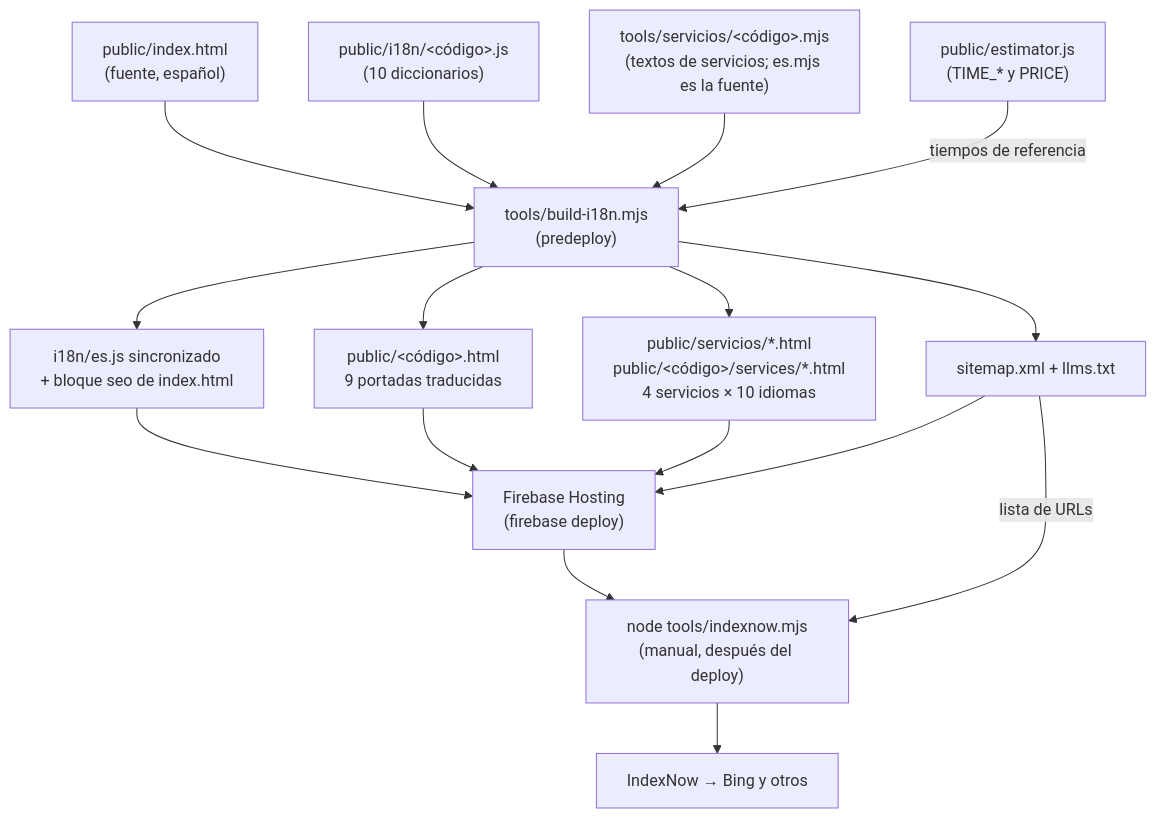
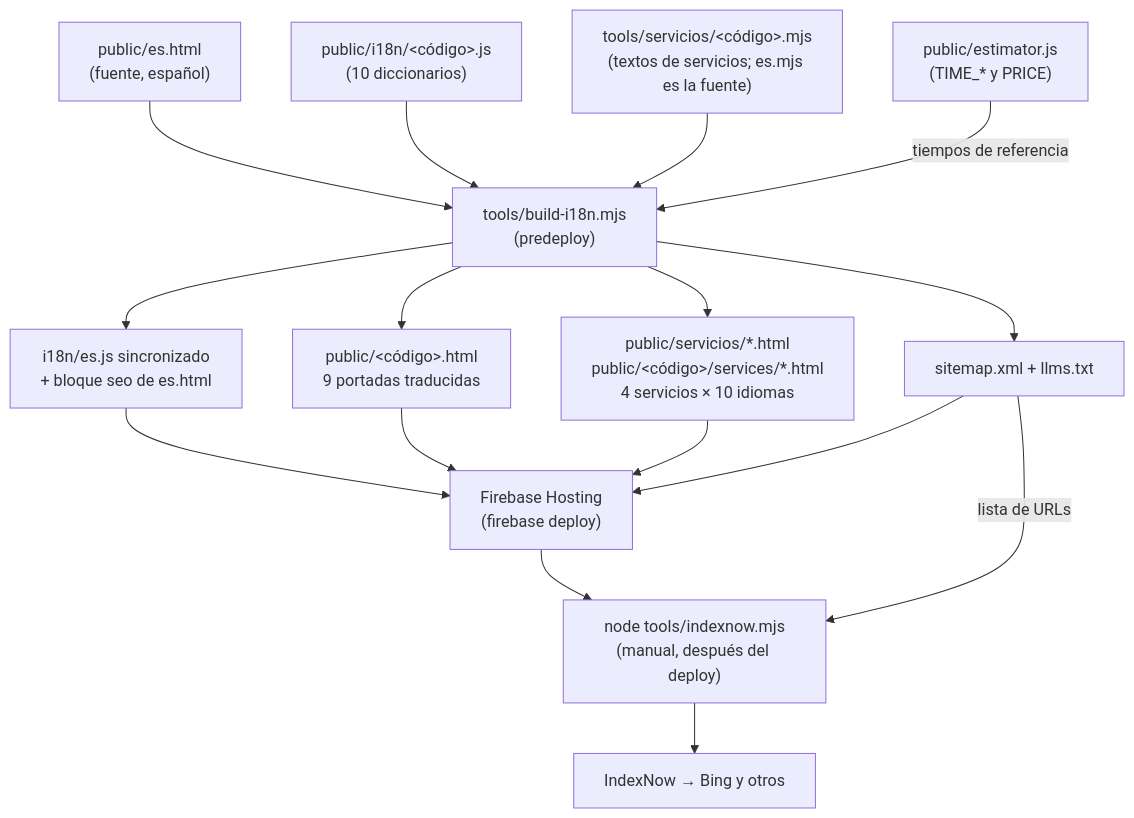
The second of 4 diagrams in ARQUITECTURA.md (HenryStark866/cdh-maker-portafolio), drawn with Mermaid before and after one commit. The commit also changed other lines of this file and 65 other files, not shown here.

````diff
--- a/ARQUITECTURA.md
+++ b/ARQUITECTURA.md
@@ -55,15 +63,15 @@
 ```mermaid
 flowchart TD
-  SRC["public/index.html<br/>(fuente, español)"] --> B
+  SRC["public/es.html<br/>(fuente, español)"] --> B
   D["public/i18n/&lt;código&gt;.js<br/>(10 diccionarios)"] --> B
   S["tools/servicios/&lt;código&gt;.mjs<br/>(textos de servicios; es.mjs es la fuente)"] --> B
   E["public/estimator.js<br/>(TIME_* y PRICE)"] -->|"tiempos de referencia"| B
-  B["tools/build-i18n.mjs<br/>(predeploy)"] --> ES["i18n/es.js sincronizado<br/>+ bloque seo de index.html"]
+  B["tools/build-i18n.mjs<br/>(predeploy)"] --> ES["i18n/es.js sincronizado<br/>+ bloque seo de es.html"]
   B --> P["public/&lt;código&gt;.html<br/>9 portadas traducidas"]
   B --> SV["public/servicios/*.html<br/>public/&lt;código&gt;/services/*.html<br/>4 servicios × 10 idiomas"]
   B --> SM["sitemap.xml + llms.txt"]
   ES & P & SV & SM --> H["Firebase Hosting<br/>(firebase deploy)"]
   H --> IN["node tools/indexnow.mjs<br/>(manual, después del deploy)"]
   SM -->|"lista de URLs"| IN
   IN --> BING["IndexNow → Bing y otros"]
 ```
````
